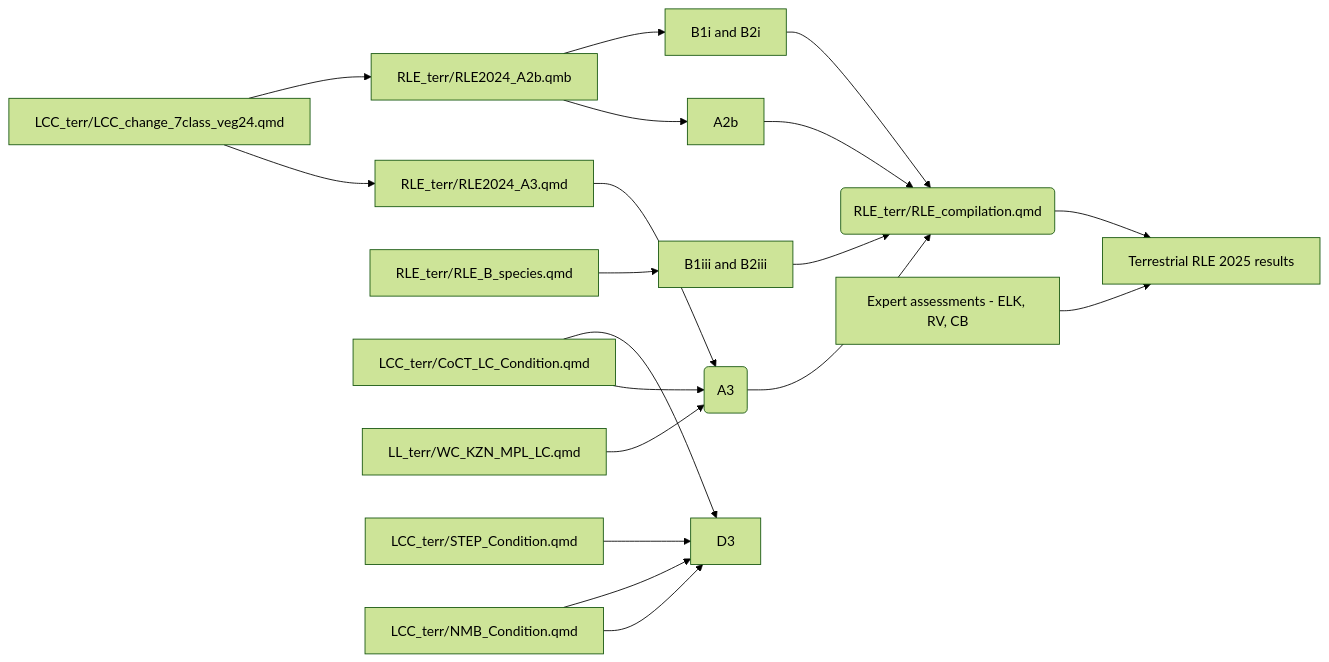
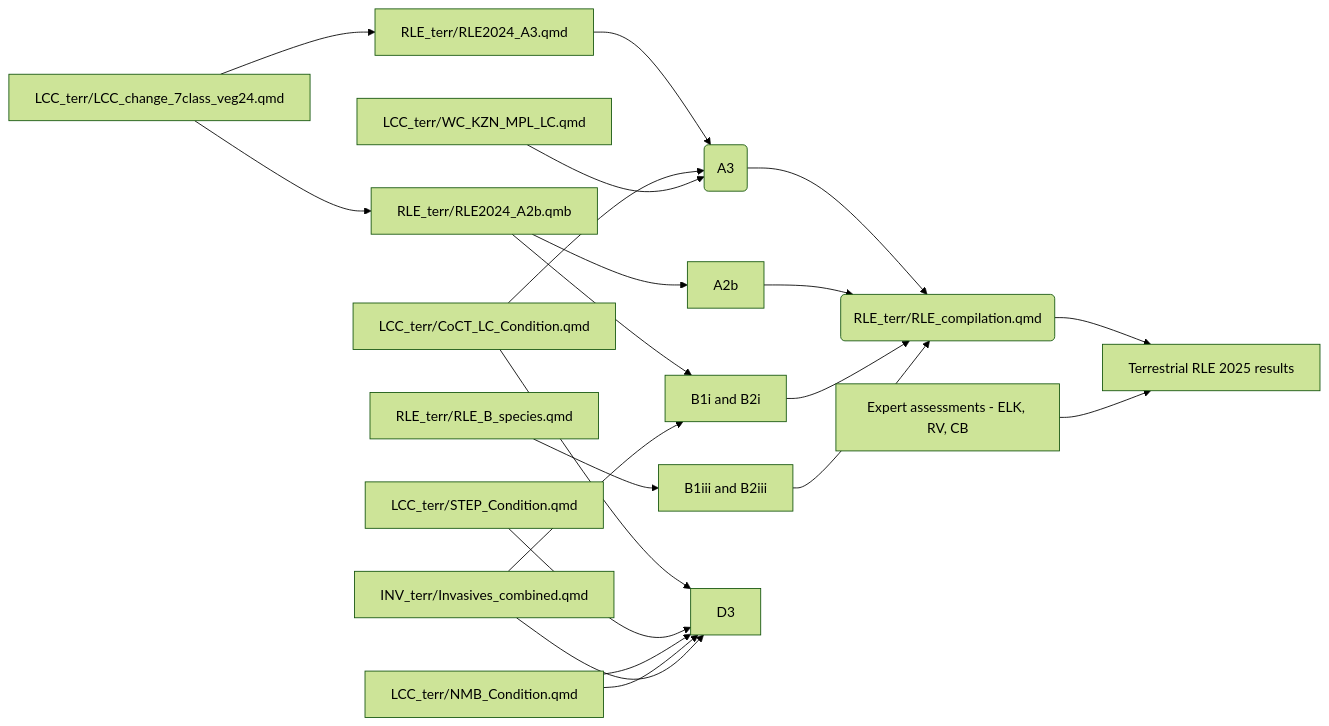
One commit to askowno/RLE_terr changed the diagram in README.md. Above: the diagram before and after it, drawn with Mermaid (forest theme). The commit also changed 1 other file, not shown here.

````diff
--- a/README.md
+++ b/README.md
@@ -13,14 +13,16 @@
 ``` mermaid
 flowchart LR; 
 A[LCC_terr/LCC_change_7class_veg24.qmd] --> B[RLE_terr/RLE2024_A3.qmd] --> C(A3) --> D(RLE_terr/RLE_compilation.qmd) --> E[Terrestrial RLE 2025 results]; 
 A --> F[RLE_terr/RLE2024_A2b.qmb] --> G[A2b] --> D; 
 F--> H[B1i and B2i] --> D ;
 I[RLE_terr/RLE_B_species.qmd] --> J[B1iii and B2iii] --> D ;
 K[LCC_terr/CoCT_LC_Condition.qmd] --> C; 
 K --> N ;
-L[LL_terr/WC_KZN_MPL_LC.qmd] --> C; 
+L[LCC_terr/WC_KZN_MPL_LC.qmd] --> C; 
 M[LCC_terr/STEP_Condition.qmd] --> N[D3]; 
 O[LCC_terr/LittleKaroo_deg.qmd] --> N; 
 O[LCC_terr/NMB_Condition.qmd] --> N; 
 P[Expert assessments - ELK, RV, CB] --> E; 
+Q[INV_terr/Invasives_combined.qmd] --> H;
+Q --> N;
 ```
````
